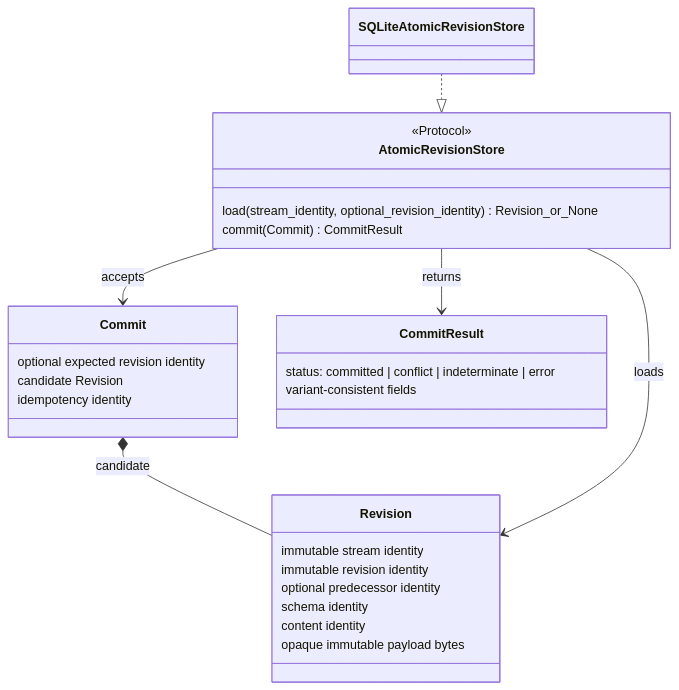
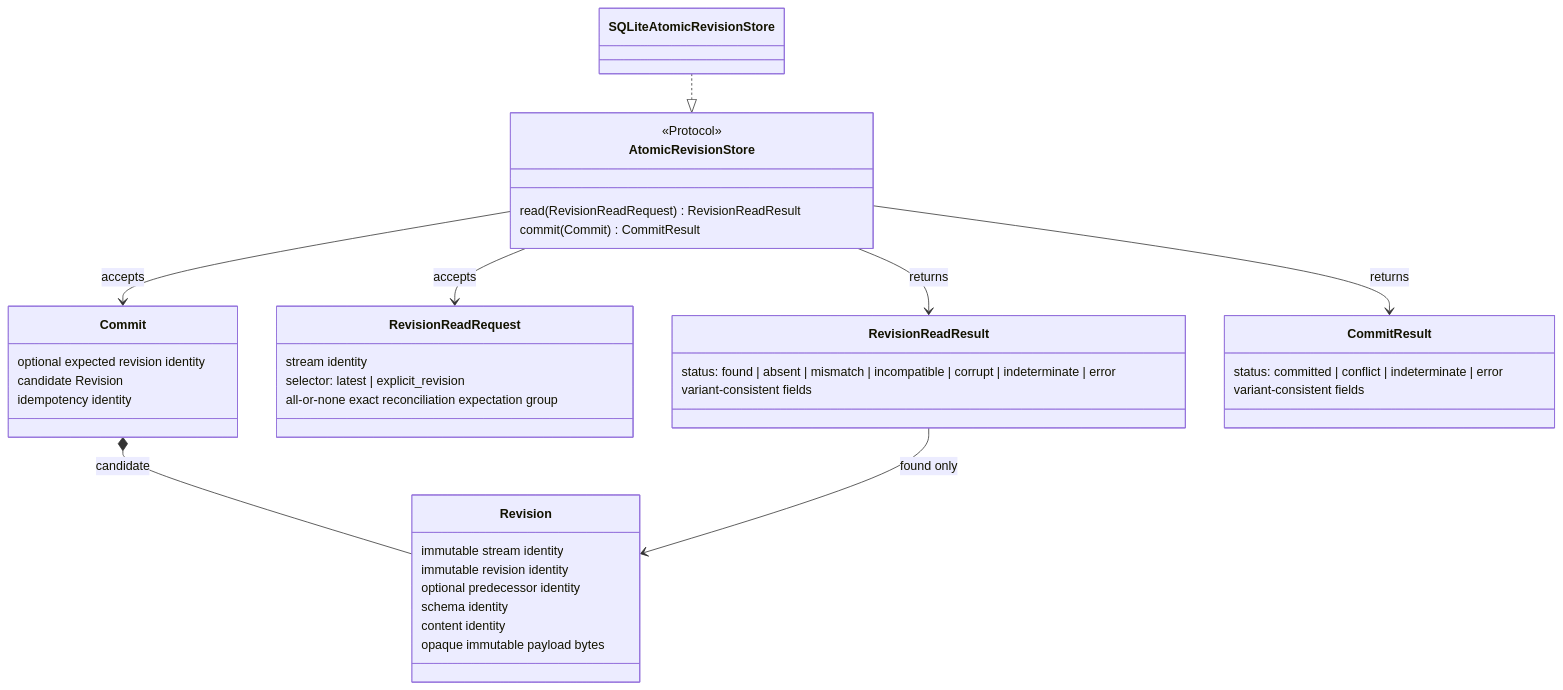
One commit to eragasa/ksdft2effmass changed the first of 5 diagrams in docs/architecture/v2/ksdft2effmass/persistence/index.md. Above: the diagram before and after it, drawn with Mermaid. The commit also changed other lines of this file and 54 other files, not shown here.

Commit message:
docs: close architecture v2 planning issues

````diff
--- a/docs/architecture/v2/ksdft2effmass/persistence/index.md
+++ b/docs/architecture/v2/ksdft2effmass/persistence/index.md
@@ -40,32 +40,43 @@
 ```mermaid
 classDiagram
     class Revision {
         immutable stream identity
         immutable revision identity
         optional predecessor identity
         schema identity
         content identity
         opaque immutable payload bytes
     }
     class Commit {
         optional expected revision identity
         candidate Revision
         idempotency identity
     }
+    class RevisionReadRequest {
+        stream identity
+        selector: latest | explicit_revision
+        all-or-none exact reconciliation expectation group
+    }
+    class RevisionReadResult {
+        status: found | absent | mismatch | incompatible | corrupt | indeterminate | error
+        variant-consistent fields
+    }
     class CommitResult {
         status: committed | conflict | indeterminate | error
         variant-consistent fields
     }
     class AtomicRevisionStore {
         <<Protocol>>
-        load(stream_identity, optional_revision_identity) Revision_or_None
+        read(RevisionReadRequest) RevisionReadResult
         commit(Commit) CommitResult
     }
     class SQLiteAtomicRevisionStore
 
     Commit *-- Revision : candidate
-    AtomicRevisionStore --> Revision : loads
+    RevisionReadResult --> Revision : found only
+    AtomicRevisionStore --> RevisionReadRequest : accepts
+    AtomicRevisionStore --> RevisionReadResult : returns
     AtomicRevisionStore --> Commit : accepts
     AtomicRevisionStore --> CommitResult : returns
     SQLiteAtomicRevisionStore ..|> AtomicRevisionStore
 ```
````
